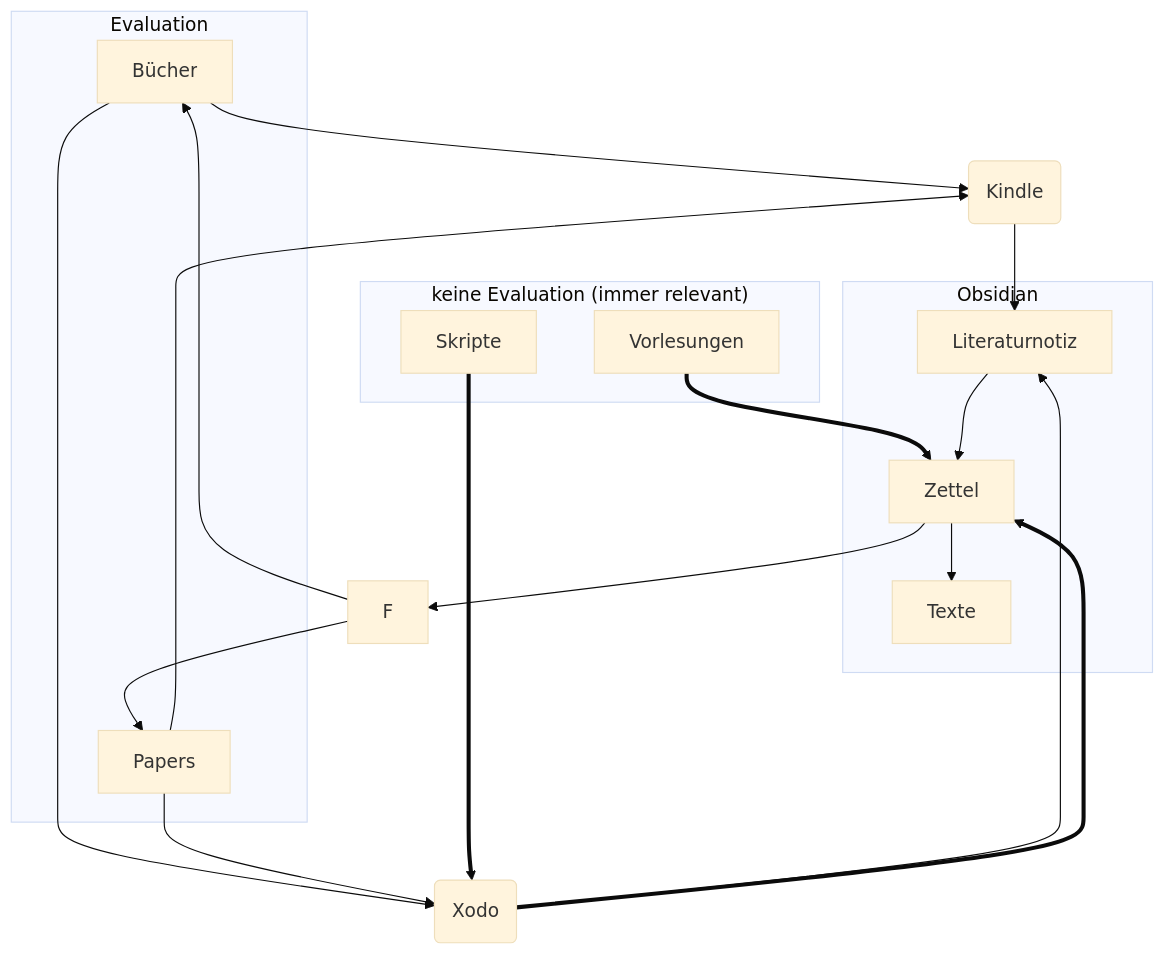
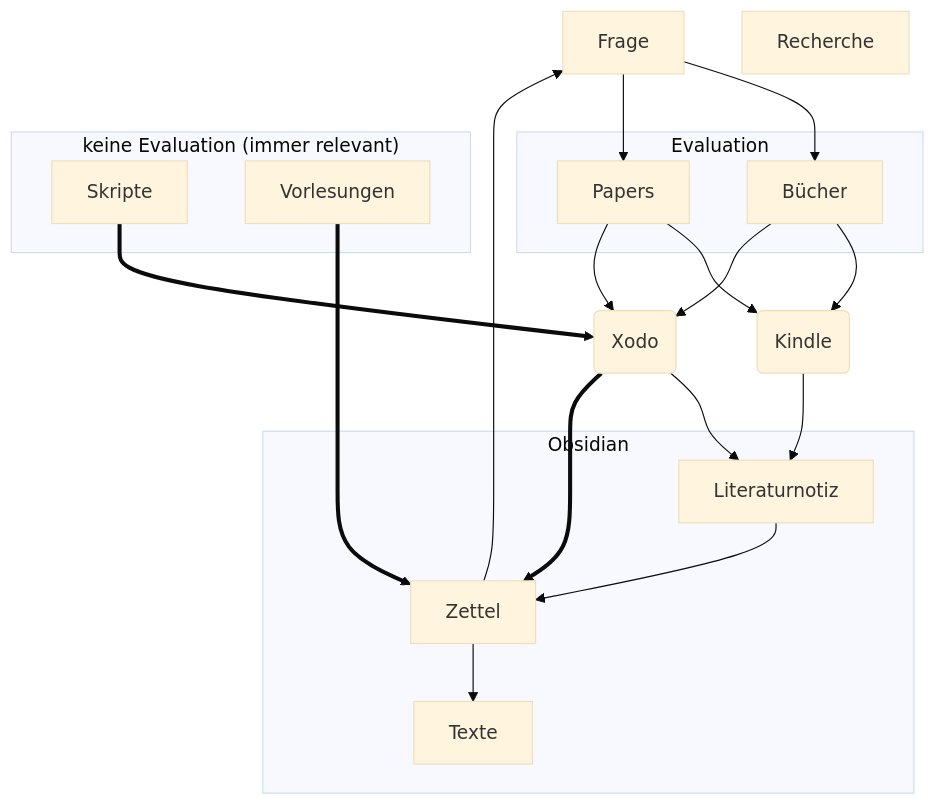
The diagram in §Informationsverarbeitung.md (julianstoerig/zettelkasten), drawn with Mermaid (base theme) before and after one commit.

Commit message:
automatic version-control: 2021-01-15 00:00:19

````diff
--- a/§Informationsverarbeitung.md
+++ b/§Informationsverarbeitung.md
@@ -5,41 +5,44 @@
 ```mermaid
 graph TB;
+
+F[Frage]
+R[Recherche]
 
 B[Bücher]
 S[Skripte]
 V[Vorlesungen]
 P[Papers]
 
 K(Kindle)
 X(Xodo)
 
 L[Literaturnotiz]
 Z[Zettel]
 T[Texte]
 
 subgraph Evaluation
 	B
 	P
 end
 
 subgraph "keine Evaluation (immer relevant)"
 	S
 	V
 end
 
 B & P --> K & X
 S ==> X
 
 K
 X
 
 K & X --> L
 X & V ==> Z
 
 subgraph Obsidian	
 	L --> Z
 	Z --> T
 end
 Z --> F
 F --> B & P
 ```
````
